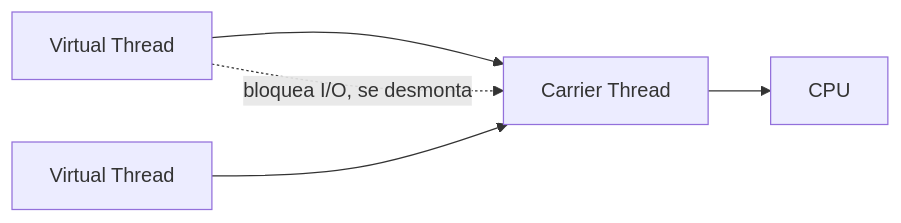
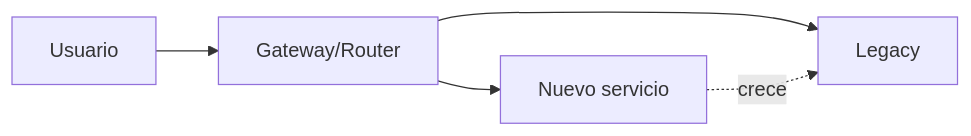
One commit to NICORUIZ93/The_Imperial_Book changed the third of 3 diagrams in web/public/content/microservices/modulo-5.md. Above: the diagram before and after it, drawn with Mermaid. The commit also changed other lines of this file and 67 other files, not shown here.

````diff
--- a/web/public/content/microservices/modulo-5.md
+++ b/web/public/content/microservices/modulo-5.md
@@ -119,7 +137,7 @@
 ```mermaid
 flowchart LR
-  VT1[Virtual Thread] --> C[Carrier Thread]
-  VT2[Virtual Thread] --> C
-  C --> CPU[CPU]
-  VT1 -.bloquea I/O, se desmonta.-> C
+  U[Usuario] --> GW[Gateway/Router]
+  GW --> L[Legacy]
+  GW --> N[Nuevo servicio]
+  N -.crece.-> L
 ```
````
